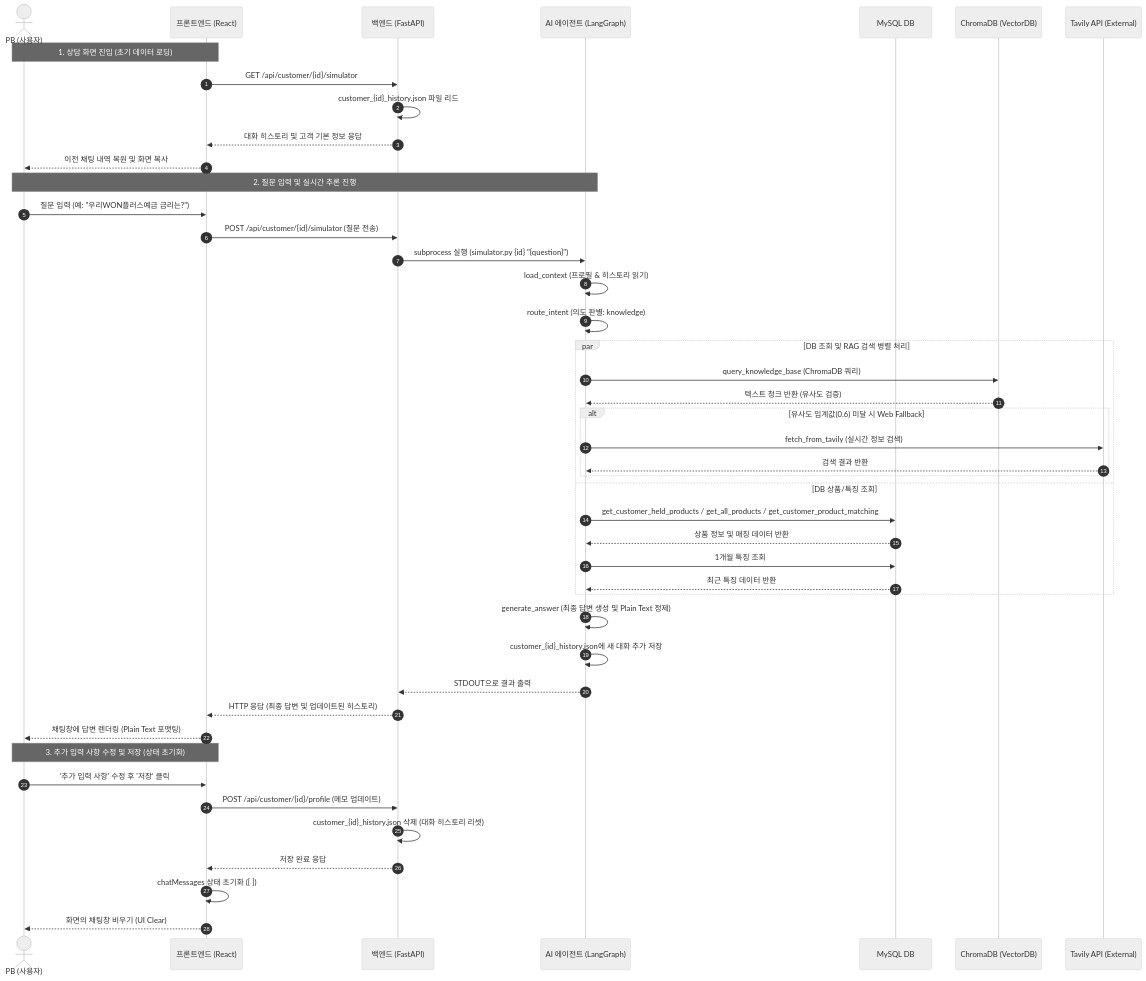
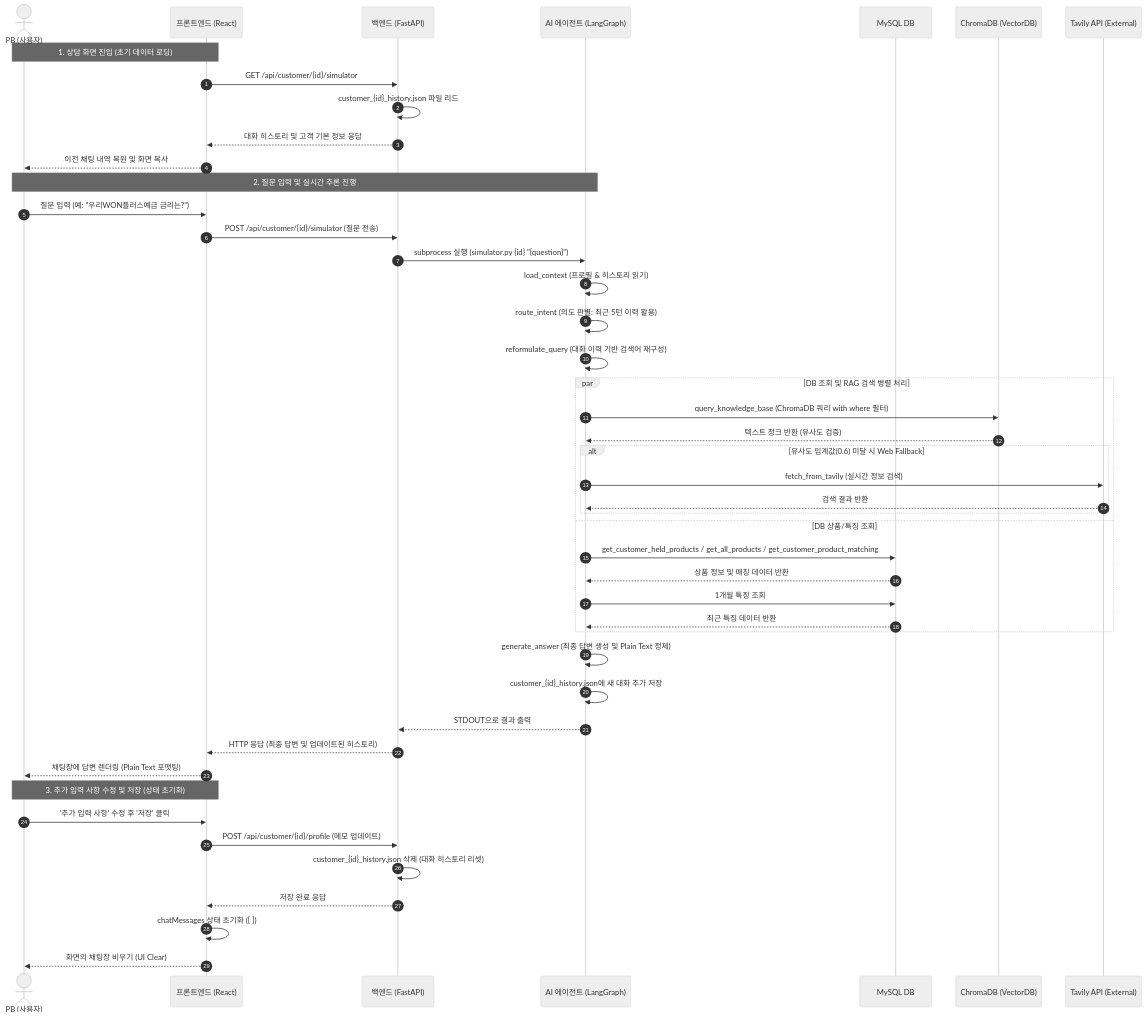
Before and after one commit to PoomSaengPoomSa/POOM-AI: the second of 2 diagrams in agent/simulator/explain.md, drawn with Mermaid (neutral theme). The commit also changed other lines of this file and 5 other files, not shown here.

````diff
--- a/agent/simulator/explain.md
+++ b/agent/simulator/explain.md
@@ -92,56 +94,57 @@
 ```mermaid
 sequenceDiagram
     autonumber
     actor PB as PB (사용자)
     participant FE as 프론트엔드 (React)
     participant BE as 백엔드 (FastAPI)
     participant Agent as AI 에이전트 (LangGraph)
     participant DB as MySQL DB
     participant Vector as ChromaDB (VectorDB)
     participant Web as Tavily API (External)
 
     %% 1. 대화 초기 로드
     Note over PB, FE: 1. 상담 화면 진입 (초기 데이터 로딩)
     FE->>BE: GET /api/customer/{id}/simulator
     BE->>BE: customer_{id}_history.json 파일 리드
     BE-->>FE: 대화 히스토리 및 고객 기본 정보 응답
     FE-->>PB: 이전 채팅 내역 복원 및 화면 복사
 
     %% 2. 질문 처리
     Note over PB, Agent: 2. 질문 입력 및 실시간 추론 진행
     PB->>FE: 질문 입력 (예: "우리WON플러스예금 금리는?")
     FE->>BE: POST /api/customer/{id}/simulator (질문 전송)
     BE->>Agent: subprocess 실행 (simulator.py {id} "{question}")
     
     Agent->>Agent: load_context (프로필 & 히스토리 읽기)
-    Agent->>Agent: route_intent (의도 판별: knowledge)
+    Agent->>Agent: route_intent (의도 판별: 최근 5턴 이력 활용)
+    Agent->>Agent: reformulate_query (대화 이력 기반 검색어 재구성)
     
     par DB 조회 및 RAG 검색 병렬 처리
-        Agent->>Vector: query_knowledge_base (ChromaDB 쿼리)
+        Agent->>Vector: query_knowledge_base (ChromaDB 쿼리 with where 필터)
         Vector-->>Agent: 텍스트 청크 반환 (유사도 검증)
         alt 유사도 임계값(0.6) 미달 시 Web Fallback
             Agent->>Web: fetch_from_tavily (실시간 정보 검색)
             Web-->>Agent: 검색 결과 반환
         end
     and DB 상품/특징 조회
         Agent->>DB: get_customer_held_products / get_all_products / get_customer_product_matching
         DB-->>Agent: 상품 정보 및 매칭 데이터 반환
         Agent->>DB: 1개월 특징 조회
         DB-->>Agent: 최근 특징 데이터 반환
     end
     
     Agent->>Agent: generate_answer (최종 답변 생성 및 Plain Text 정제)
     Agent->>Agent: customer_{id}_history.json에 새 대화 추가 저장
     Agent-->>BE: STDOUT으로 결과 출력
     BE-->>FE: HTTP 응답 (최종 답변 및 업데이트된 히스토리)
     FE-->>PB: 채팅창에 답변 렌더링 (Plain Text 포맷팅)
 
     %% 3. 추가 메모 저장 및 초기화
     Note over PB, FE: 3. 추가 입력 사항 수정 및 저장 (상태 초기화)
     PB->>FE: '추가 입력 사항' 수정 후 '저장' 클릭
     FE->>BE: POST /api/customer/{id}/profile (메모 업데이트)
     BE->>BE: customer_{id}_history.json 삭제 (대화 히스토리 리셋)
     BE-->>FE: 저장 완료 응답
     FE->>FE: chatMessages 상태 초기화 ([ ])
     FE-->>PB: 화면의 채팅창 비우기 (UI Clear)
 ```
````
